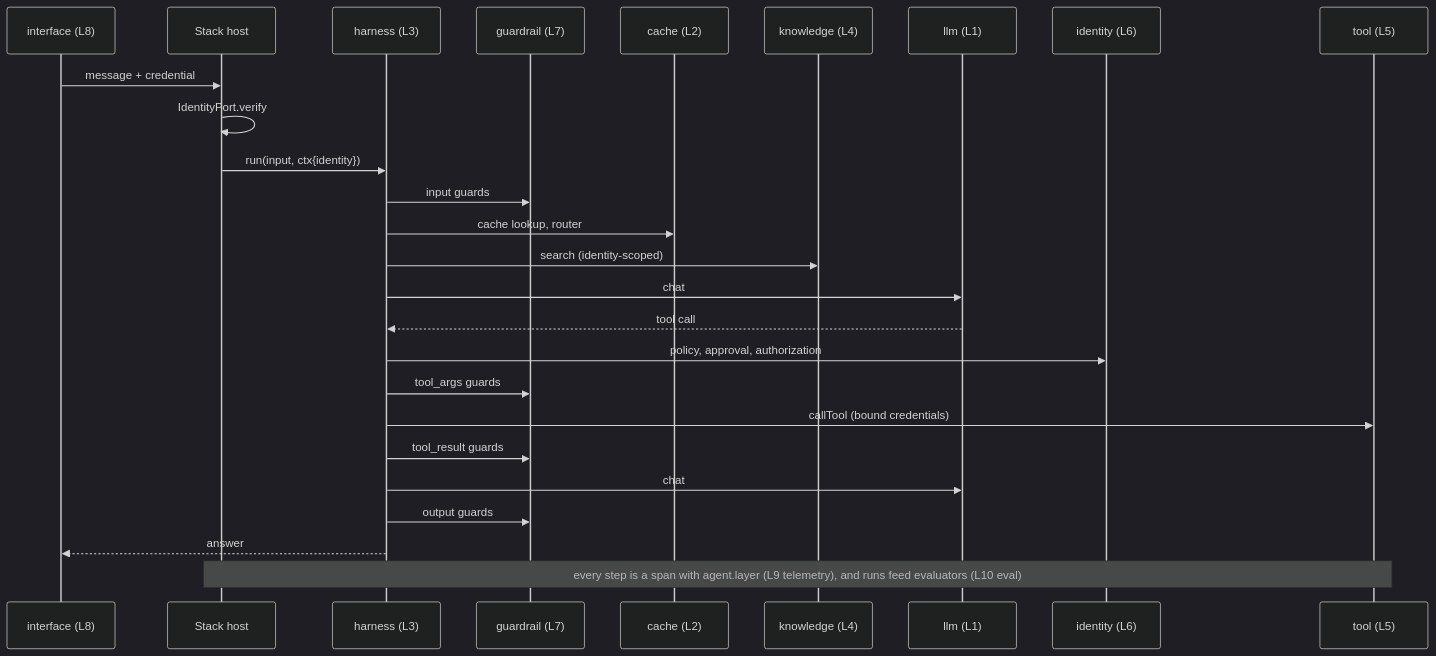
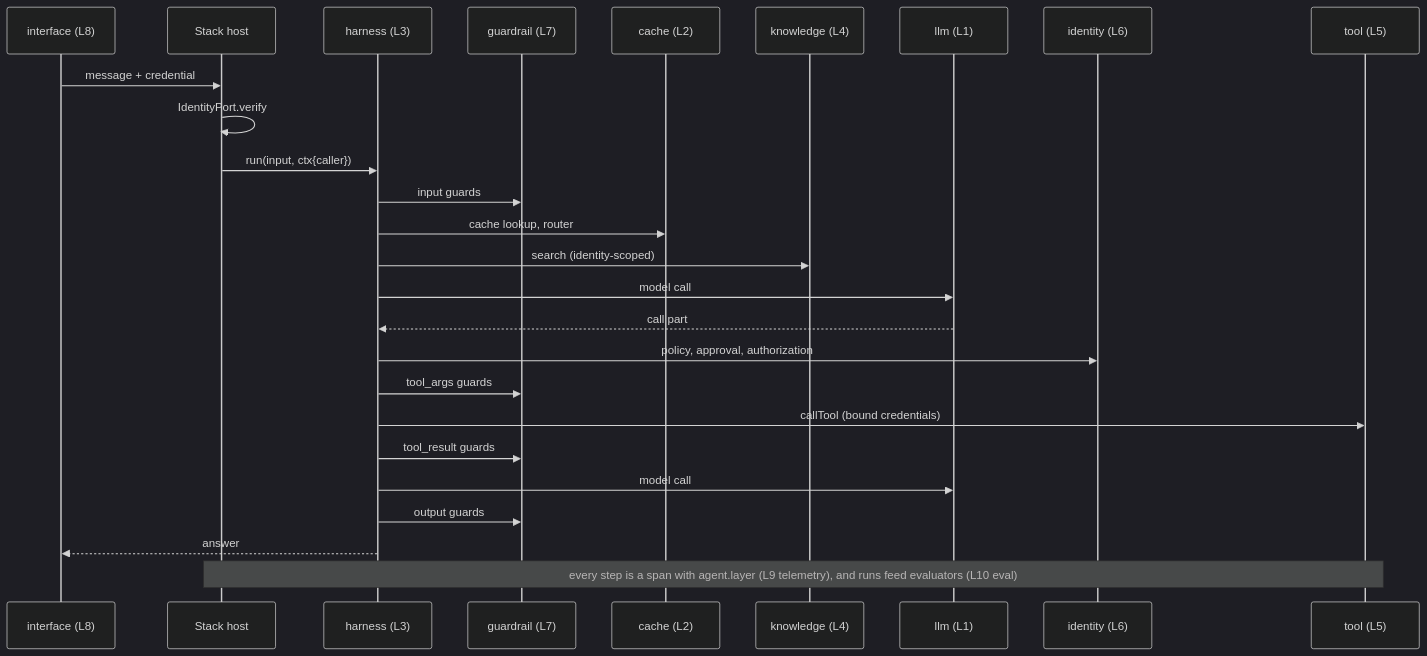
One commit to aantenore/agent-layers changed the third of 3 diagrams in docs/architecture.md. Above: the diagram before and after it, drawn with Mermaid (dark theme). The commit also changed other lines of this file and 26 other files, not shown here.

````diff
--- a/docs/architecture.md
+++ b/docs/architecture.md
@@ -164,28 +171,28 @@
 ```mermaid
 sequenceDiagram
   participant C as interface (L8)
   participant H as Stack host
   participant R as harness (L3)
   participant G as guardrail (L7)
   participant X as cache (L2)
   participant K as knowledge (L4)
   participant M as llm (L1)
   participant A as identity (L6)
   participant T as tool (L5)
   C->>H: message + credential
   H->>H: IdentityPort.verify
-  H->>R: run(input, ctx{identity})
+  H->>R: run(input, ctx{caller})
   R->>G: input guards
   R->>X: cache lookup, router
   R->>K: search (identity-scoped)
-  R->>M: chat
-  M-->>R: tool call
+  R->>M: model call
+  M-->>R: call part
   R->>A: policy, approval, authorization
   R->>G: tool_args guards
   R->>T: callTool (bound credentials)
   R->>G: tool_result guards
-  R->>M: chat
+  R->>M: model call
   R->>G: output guards
   R-->>C: answer
   Note over H,T: every step is a span with agent.layer (L9 telemetry), and runs feed evaluators (L10 eval)
 ```
````
